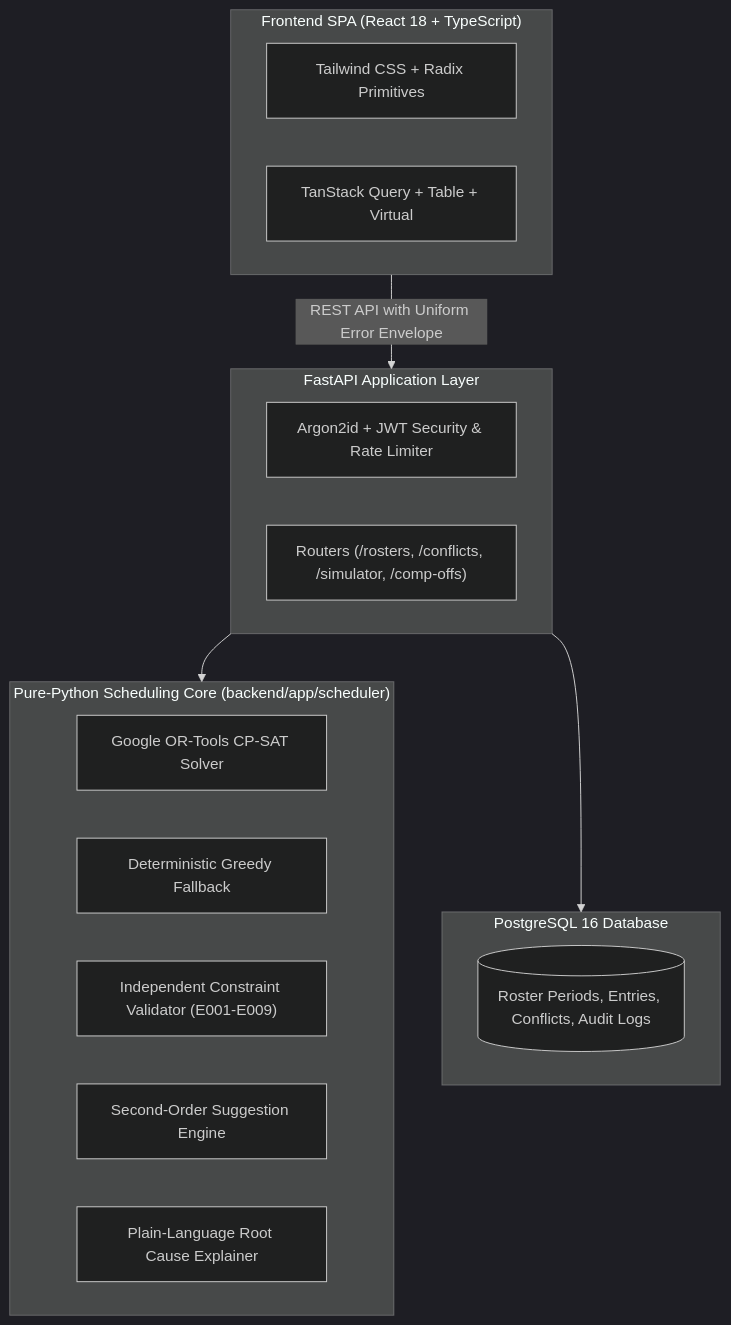
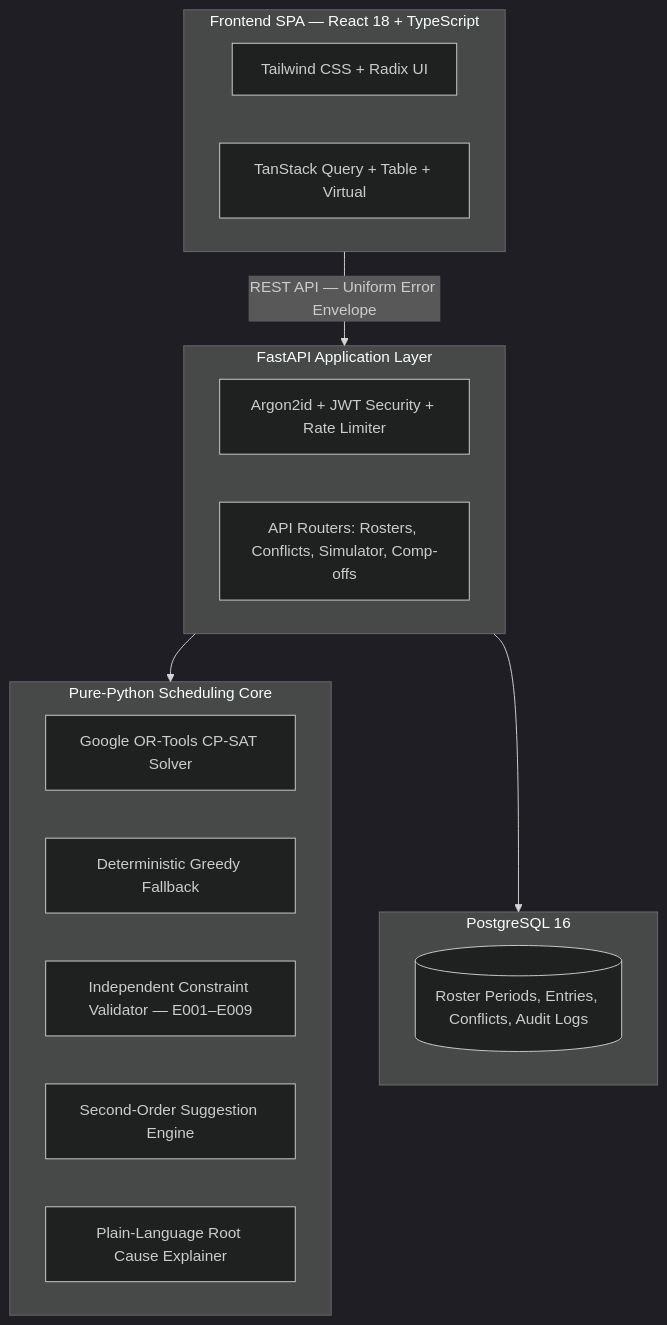
The diagram in README.md (rameshchavan07/Smart-Roster-Management-System), drawn with Mermaid (dark theme) before and after one commit. The commit also changed other lines of this file, not shown here.

````diff
--- a/README.md
+++ b/README.md
@@ -80,28 +171,28 @@
 ```mermaid
 flowchart TD
-    subgraph Client["Frontend SPA (React 18 + TypeScript)"]
-        UI["Tailwind CSS + Radix Primitives"]
-        TQ["TanStack Query + Table + Virtual"]
+    subgraph Client["Frontend SPA — React 18 + TypeScript"]
+        UI["Tailwind CSS + Radix UI"]
+        DATA["TanStack Query + Table + Virtual"]
     end
 
     subgraph API["FastAPI Application Layer"]
-        AUTH["Argon2id + JWT Security & Rate Limiter"]
-        ROUTERS["Routers (/rosters, /conflicts, /simulator, /comp-offs)"]
+        AUTH["Argon2id + JWT Security + Rate Limiter"]
+        ROUTERS["API Routers: Rosters, Conflicts, Simulator, Comp-offs"]
     end
 
-    subgraph Engine["Pure-Python Scheduling Core (backend/app/scheduler)"]
+    subgraph Engine["Pure-Python Scheduling Core"]
         CPSAT["Google OR-Tools CP-SAT Solver"]
         GREEDY["Deterministic Greedy Fallback"]
-        VAL["Independent Constraint Validator (E001-E009)"]
-        SUG["Second-Order Suggestion Engine"]
-        EXP["Plain-Language Root Cause Explainer"]
+        VALIDATOR["Independent Constraint Validator — E001–E009"]
+        SUGGESTIONS["Second-Order Suggestion Engine"]
+        EXPLAINER["Plain-Language Root Cause Explainer"]
     end
 
-    subgraph Storage["PostgreSQL 16 Database"]
-        DB[(Roster Periods, Entries, Conflicts, Audit Logs)]
+    subgraph Storage["PostgreSQL 16"]
+        DB[("Roster Periods, Entries, Conflicts, Audit Logs")]
     end
 
-    Client -->|REST API with Uniform Error Envelope| API
+    Client -->|"REST API — Uniform Error Envelope"| API
     API --> Engine
     API --> Storage
 ```
````
